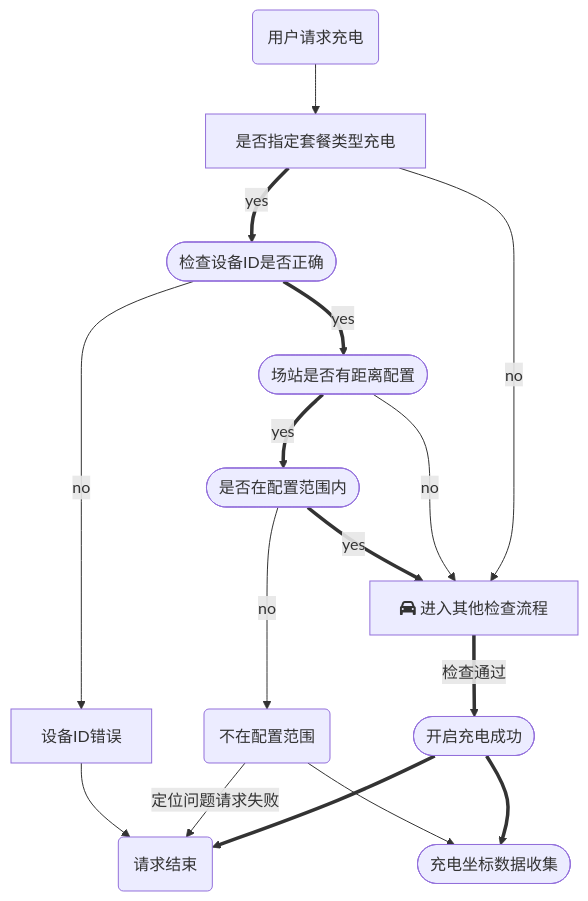
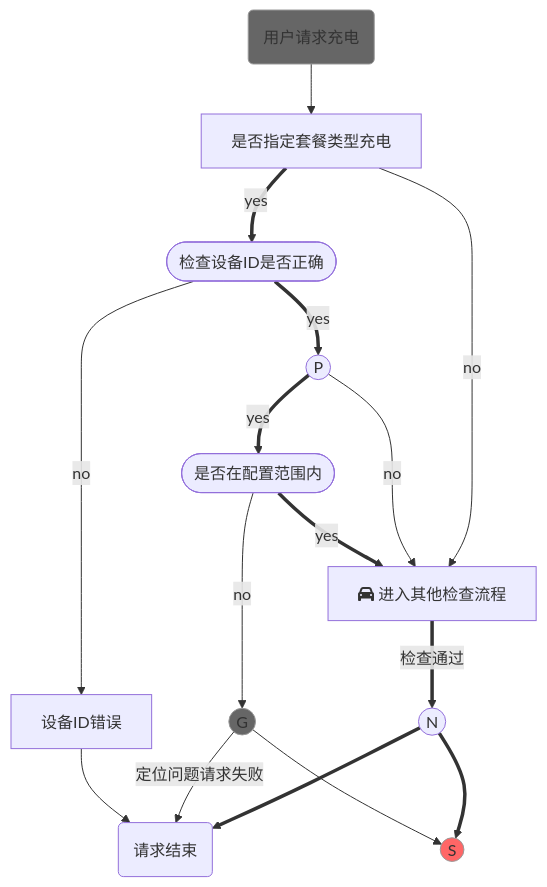
One commit to KangShanR/kangshanr.github.io changed the diagram in source/_drafts/graph syntax.md. Above: the diagram before and after it, drawn with Mermaid. The commit also changed 1 other file, not shown here.

Commit message:
update tree note

````diff
--- a/source/_drafts/graph syntax.md
+++ b/source/_drafts/graph syntax.md
@@ -9,23 +9,37 @@
 ```mermaid
 graph TD
     I([场站是否有距离配置])
     H([开启充电成功])
     O([充电坐标数据收集])
     L(不在配置范围)
     G[fa:fa-car 进入其他检查流程]
     P[设备ID错误]
     A(用户请求充电) --> C[是否指定套餐类型充电]
     C ==>|yes| D([检查设备ID是否正确])
     D -->|no| P
     P -->M
     D ==>|yes| I
     I ==>|yes| J([是否在配置范围内])
     J -->|no|L
     J ==>|yes| G
     I -->|no| G
     L -->|定位问题请求失败|M(请求结束)
     L -->O
     C -->|no| G
     G ==>|检查通过|H
     H ==>O & M
+
+    
+    I((P))
+    H((N))
+    O((S))
+    L((G))
+    
+    class O red;
+    class A,L black;
+    classDef black fill:#666,stroke:#999,stroke-width:1px;
+    classDef red fill:#f66,stroke:#999,stroke-width:1px;
+    
+    
+    
 ```
````
